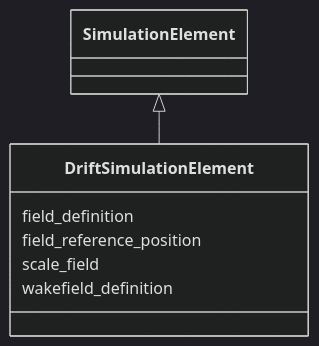
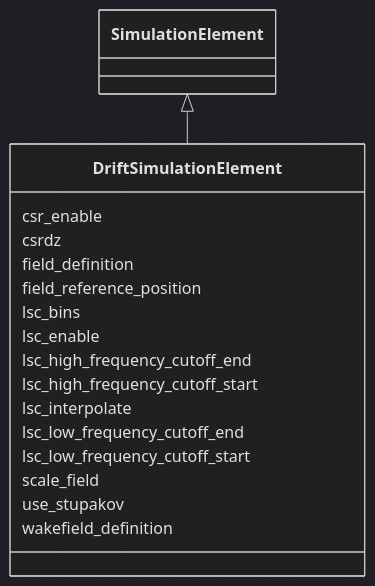
Before and after one commit to astec-stfc/laura: the diagram in docs/source/schema/DriftSimulationElement.md, drawn with Mermaid (dark theme). The commit also changed other lines of this file and 330 other files, not shown here.

Commit message:
Rationalising the schema and objects

````diff
--- a/docs/source/schema/DriftSimulationElement.md
+++ b/docs/source/schema/DriftSimulationElement.md
@@ -23,17 +23,37 @@
 ```mermaid
  classDiagram
     class DriftSimulationElement
     click DriftSimulationElement href "../DriftSimulationElement/"
       SimulationElement <|-- DriftSimulationElement
         click SimulationElement href "../SimulationElement/"
       
+      DriftSimulationElement : csr_enable
+        
+      DriftSimulationElement : csrdz
+        
       DriftSimulationElement : field_definition
         
       DriftSimulationElement : field_reference_position
         
+      DriftSimulationElement : lsc_bins
+        
+      DriftSimulationElement : lsc_enable
+        
+      DriftSimulationElement : lsc_high_frequency_cutoff_end
+        
+      DriftSimulationElement : lsc_high_frequency_cutoff_start
+        
+      DriftSimulationElement : lsc_interpolate
+        
+      DriftSimulationElement : lsc_low_frequency_cutoff_end
+        
+      DriftSimulationElement : lsc_low_frequency_cutoff_start
+        
       DriftSimulationElement : scale_field
+        
+      DriftSimulationElement : use_stupakov
         
       DriftSimulationElement : wakefield_definition
         
       
 ```
````
